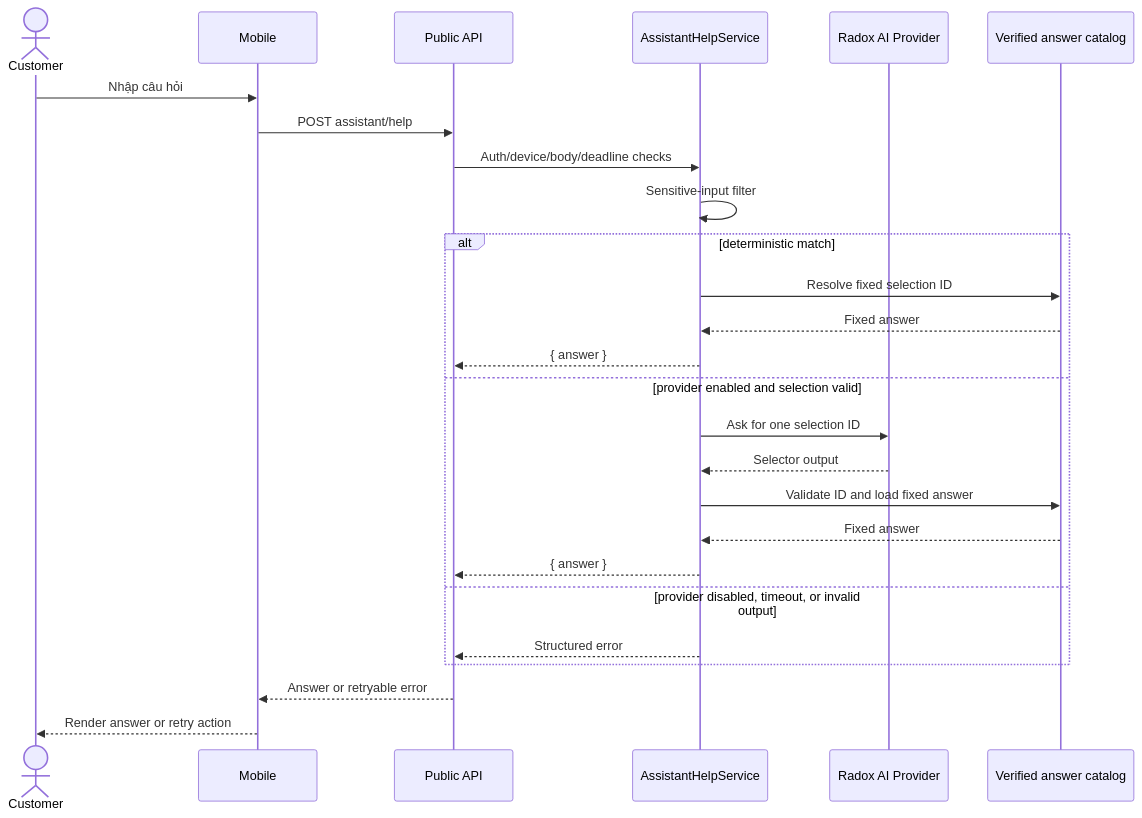
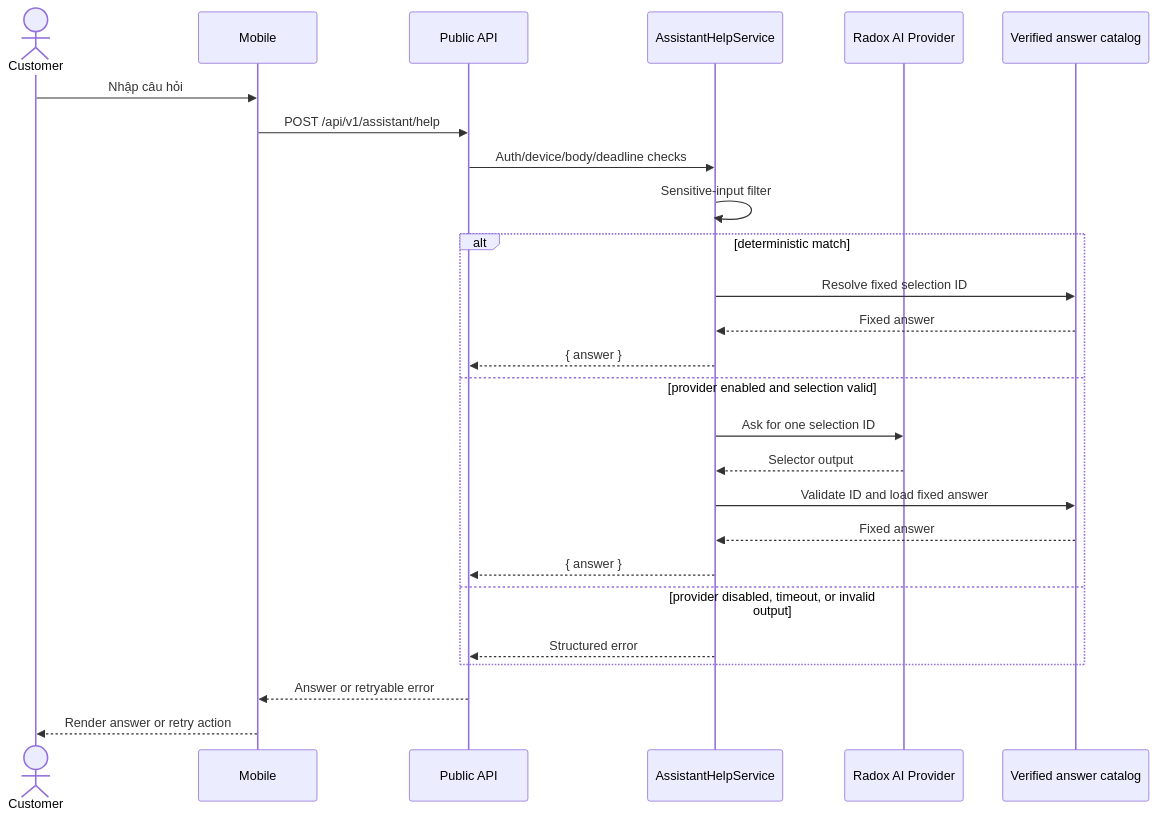
The third of 4 diagrams in documents/02-design/sequence-core-demo.md (NguyenCaoKy1603/banking-system), drawn with Mermaid before and after one commit. The commit also changed 8 other files, not shown here.

```diff
--- a/documents/02-design/sequence-core-demo.md
+++ b/documents/02-design/sequence-core-demo.md
@@ -72,29 +72,29 @@
 ~~~mermaid
 sequenceDiagram
   actor C as Customer
   participant M as Mobile
   participant API as Public API
   participant H as AssistantHelpService
   participant O as Radox AI Provider
   participant CAT as Verified answer catalog
 
   C->>M: Nhập câu hỏi
-  M->>API: POST assistant/help
+  M->>API: POST /api/v1/assistant/help
   API->>H: Auth/device/body/deadline checks
   H->>H: Sensitive-input filter
   alt deterministic match
     H->>CAT: Resolve fixed selection ID
     CAT-->>H: Fixed answer
     H-->>API: { answer }
   else provider enabled and selection valid
     H->>O: Ask for one selection ID
     O-->>H: Selector output
     H->>CAT: Validate ID and load fixed answer
     CAT-->>H: Fixed answer
     H-->>API: { answer }
   else provider disabled, timeout, or invalid output
     H-->>API: Structured error
   end
   API-->>M: Answer or retryable error
   M-->>C: Render answer or retry action
 ~~~
```
